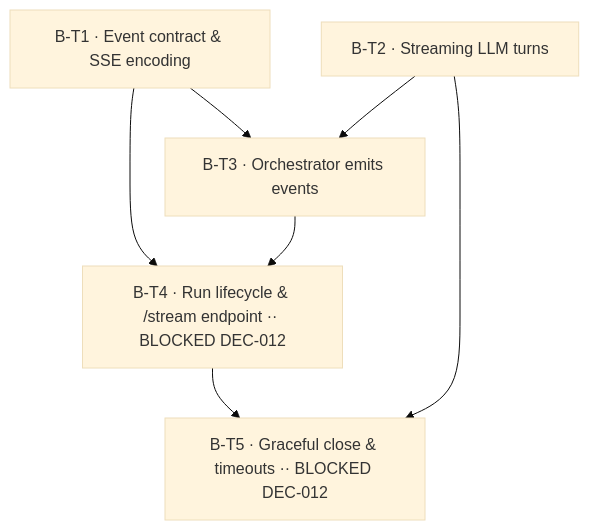
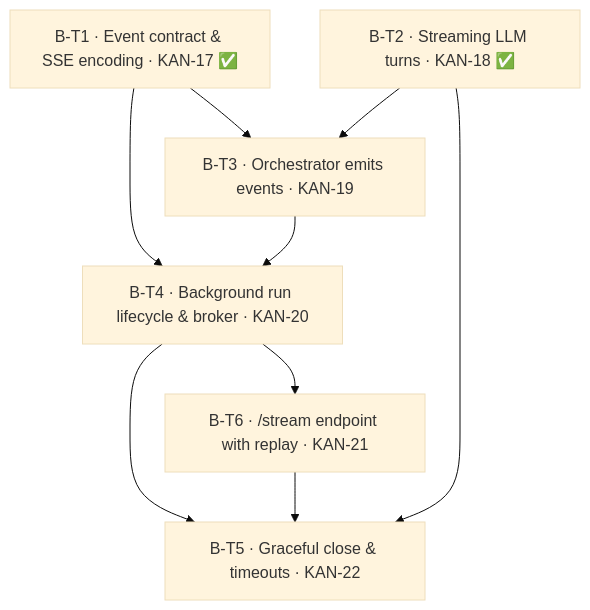
The diagram in docs/specs/epic-b-live-streaming.md (olegsaveliev/ai-delivery-flow), drawn with Mermaid (base theme) before and after one commit. The commit also changed other lines of this file and 1 other file, not shown here.

First line of the commit message:
docs: accept DEC-012 and file EPIC-B B-T4/B-T6/B-T5 (KAN-20/21/22)

````diff
--- a/docs/specs/epic-b-live-streaming.md
+++ b/docs/specs/epic-b-live-streaming.md
@@ -111,14 +151,17 @@
 ```mermaid
 graph TD
-    T1[B-T1 · Event contract & SSE encoding]
-    T2[B-T2 · Streaming LLM turns]
-    T3[B-T3 · Orchestrator emits events]
-    T4[B-T4 · Run lifecycle & /stream endpoint ·· BLOCKED DEC-012]
-    T5[B-T5 · Graceful close & timeouts ·· BLOCKED DEC-012]
+    T1[B-T1 · Event contract & SSE encoding · KAN-17 ✅]
+    T2[B-T2 · Streaming LLM turns · KAN-18 ✅]
+    T3[B-T3 · Orchestrator emits events · KAN-19]
+    T4[B-T4 · Background run lifecycle & broker · KAN-20]
+    T6[B-T6 · /stream endpoint with replay · KAN-21]
+    T5[B-T5 · Graceful close & timeouts · KAN-22]
     T1 --> T3
     T2 --> T3
     T1 --> T4
     T3 --> T4
+    T4 --> T6
     T4 --> T5
+    T6 --> T5
     T2 --> T5
 ```
````
